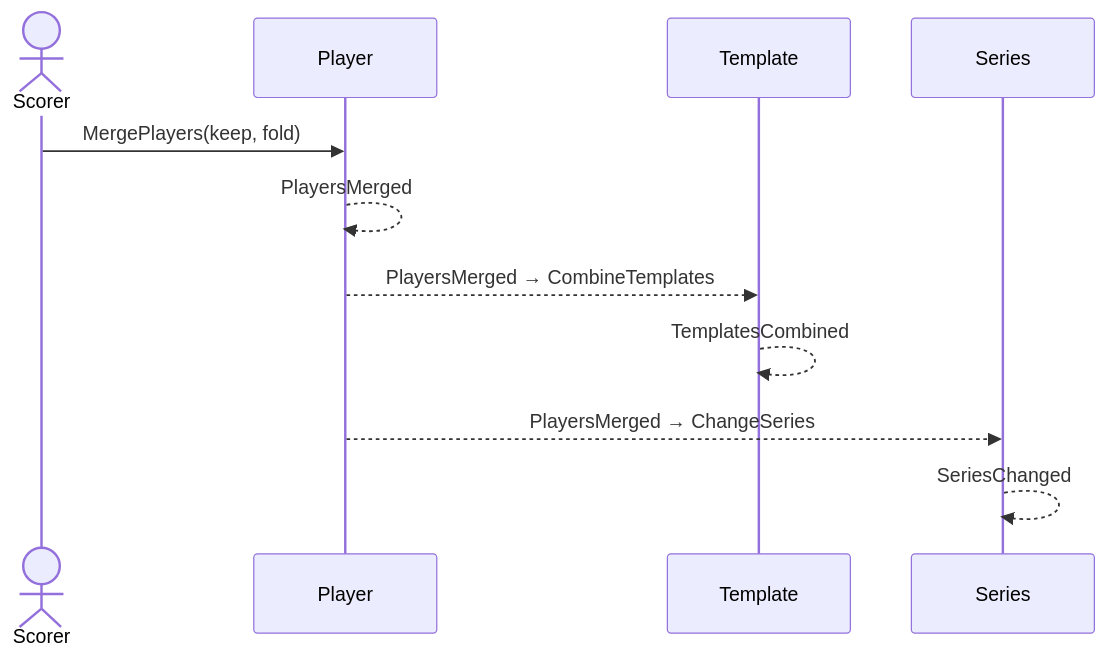
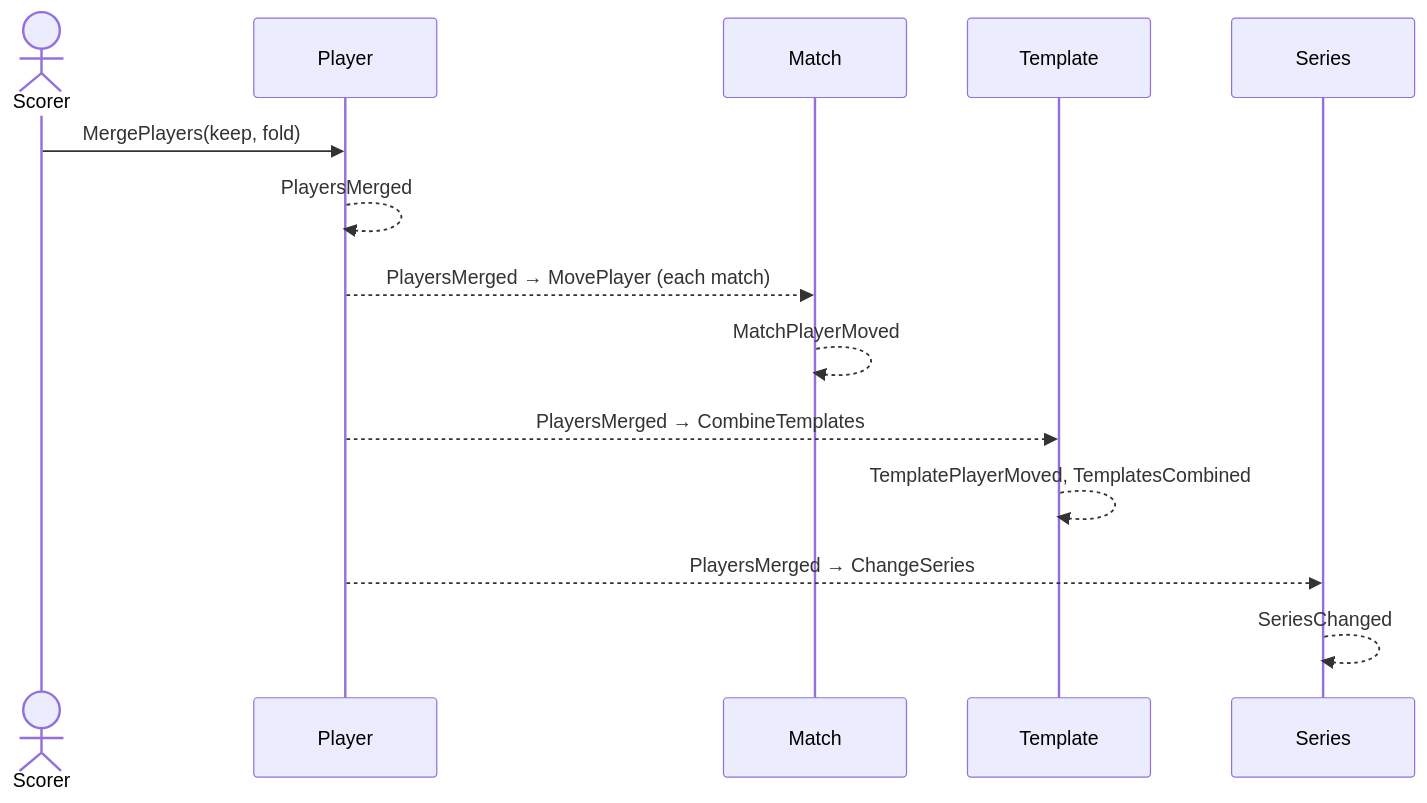
Before and after one commit to no1melman/snookertracker: the diagram in docs/domain/scenarios/33-merge-players.md, drawn with Mermaid. The commit also changed other lines of this file and 13 other files, not shown here.

Commit message:
feat: move matches on player merge

````diff
--- a/docs/domain/scenarios/33-merge-players.md
+++ b/docs/domain/scenarios/33-merge-players.md
@@ -42,13 +44,16 @@
 ```mermaid
 sequenceDiagram
   actor S as Scorer
   participant P as Player
+  participant M as Match
   participant T as Template
   participant Se as Series
   S->>P: MergePlayers(keep, fold)
   P-->>P: PlayersMerged
+  P-->>M: PlayersMerged → MovePlayer (each match)
+  M-->>M: MatchPlayerMoved
   P-->>T: PlayersMerged → CombineTemplates
-  T-->>T: TemplatesCombined
+  T-->>T: TemplatePlayerMoved, TemplatesCombined
   P-->>Se: PlayersMerged → ChangeSeries
   Se-->>Se: SeriesChanged
 ```
````
